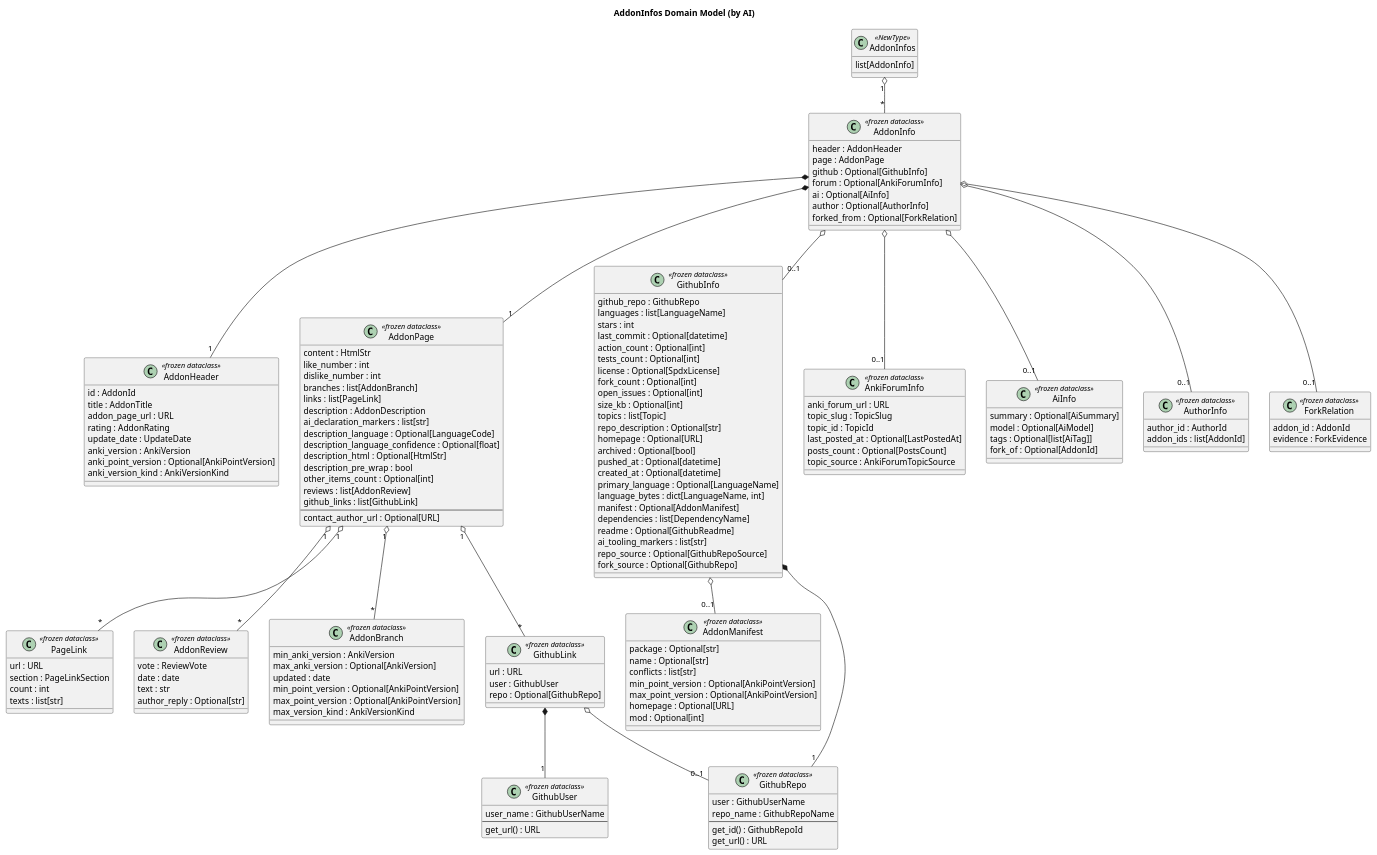
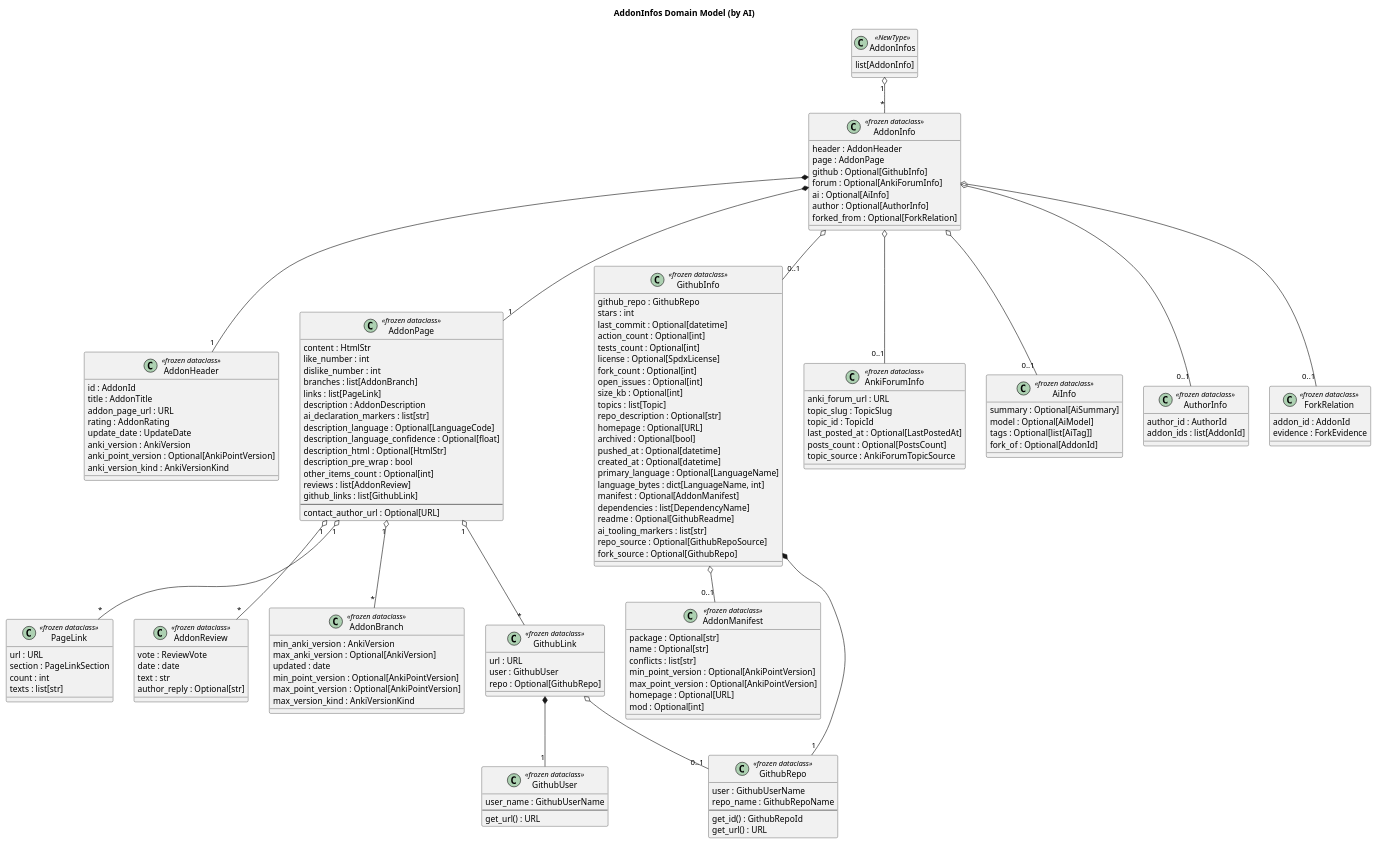
Before and after one commit to Aleks-Ya/anki-addons-dataset: the diagram in doc/uml/ai/class-addon-infos.puml, drawn with PlantUML. The commit also changed 14 other files, not shown here.

```diff
--- a/doc/uml/ai/class-addon-infos.puml
+++ b/doc/uml/ai/class-addon-infos.puml
@@ -1,178 +1,177 @@
 @startuml
 
 title AddonInfos Domain Model (by AI)
 
 skinparam packageStyle rectangle
 
 class AddonInfos <<NewType>> {
   list[AddonInfo]
 }
 
 class AddonInfo <<frozen dataclass>> {
   header : AddonHeader
   page : AddonPage
   github : Optional[GithubInfo]
   forum : Optional[AnkiForumInfo]
   ai : Optional[AiInfo]
   author : Optional[AuthorInfo]
   forked_from : Optional[ForkRelation]
 }
 
 class AddonHeader <<frozen dataclass>> {
   id : AddonId
   title : AddonTitle
   addon_page_url : URL
   rating : AddonRating
   update_date : UpdateDate
   anki_version : AnkiVersion
   anki_point_version : Optional[AnkiPointVersion]
   anki_version_kind : AnkiVersionKind
 }
 
 class AddonPage <<frozen dataclass>> {
   content : HtmlStr
   like_number : int
   dislike_number : int
   branches : list[AddonBranch]
   links : list[PageLink]
   description : AddonDescription
   ai_declaration_markers : list[str]
   description_language : Optional[LanguageCode]
   description_language_confidence : Optional[float]
   description_html : Optional[HtmlStr]
   description_pre_wrap : bool
   other_items_count : Optional[int]
   reviews : list[AddonReview]
   github_links : list[GithubLink]
   --
   contact_author_url : Optional[URL]
 }
 
 class PageLink <<frozen dataclass>> {
   url : URL
   section : PageLinkSection
   count : int
   texts : list[str]
 }
 
 class AddonReview <<frozen dataclass>> {
   vote : ReviewVote
   date : date
   text : str
   author_reply : Optional[str]
 }
 
 class AddonBranch <<frozen dataclass>> {
   min_anki_version : AnkiVersion
   max_anki_version : Optional[AnkiVersion]
   updated : date
   min_point_version : Optional[AnkiPointVersion]
   max_point_version : Optional[AnkiPointVersion]
   max_version_kind : AnkiVersionKind
 }
 
 class GithubInfo <<frozen dataclass>> {
   github_repo : GithubRepo
-  languages : list[LanguageName]
   stars : int
   last_commit : Optional[datetime]
   action_count : Optional[int]
   tests_count : Optional[int]
   license : Optional[SpdxLicense]
   fork_count : Optional[int]
   open_issues : Optional[int]
   size_kb : Optional[int]
   topics : list[Topic]
   repo_description : Optional[str]
   homepage : Optional[URL]
   archived : Optional[bool]
   pushed_at : Optional[datetime]
   created_at : Optional[datetime]
   primary_language : Optional[LanguageName]
   language_bytes : dict[LanguageName, int]
   manifest : Optional[AddonManifest]
   dependencies : list[DependencyName]
   readme : Optional[GithubReadme]
   ai_tooling_markers : list[str]
   repo_source : Optional[GithubRepoSource]
   fork_source : Optional[GithubRepo]
 }
 
 class AddonManifest <<frozen dataclass>> {
   package : Optional[str]
   name : Optional[str]
   conflicts : list[str]
   min_point_version : Optional[AnkiPointVersion]
   max_point_version : Optional[AnkiPointVersion]
   homepage : Optional[URL]
   mod : Optional[int]
 }
 
 class GithubLink <<frozen dataclass>> {
   url : URL
   user : GithubUser
   repo : Optional[GithubRepo]
 }
 
 class GithubUser <<frozen dataclass>> {
   user_name : GithubUserName
   --
   get_url() : URL
 }
 
 class GithubRepo <<frozen dataclass>> {
   user : GithubUserName
   repo_name : GithubRepoName
   --
   get_id() : GithubRepoId
   get_url() : URL
 }
 
 class AnkiForumInfo <<frozen dataclass>> {
   anki_forum_url : URL
   topic_slug : TopicSlug
   topic_id : TopicId
   last_posted_at : Optional[LastPostedAt]
   posts_count : Optional[PostsCount]
   topic_source : AnkiForumTopicSource
 }
 
 class AiInfo <<frozen dataclass>> {
   summary : Optional[AiSummary]
   model : Optional[AiModel]
   tags : Optional[list[AiTag]]
   fork_of : Optional[AddonId]
 }
 
 class AuthorInfo <<frozen dataclass>> {
   author_id : AuthorId
   addon_ids : list[AddonId]
 }
 
 class ForkRelation <<frozen dataclass>> {
   addon_id : AddonId
   evidence : ForkEvidence
 }
 
 AddonInfos "1" o-- "*" AddonInfo
 
 AddonInfo *-- "1" AddonHeader
 AddonInfo *-- "1" AddonPage
 AddonInfo o-- "0..1" GithubInfo
 AddonInfo o-- "0..1" AnkiForumInfo
 AddonInfo o-- "0..1" AiInfo
 AddonInfo o-- "0..1" AuthorInfo
 AddonInfo o-- "0..1" ForkRelation
 
 AddonPage "1" o-- "*" AddonBranch
 AddonPage "1" o-- "*" PageLink
 AddonPage "1" o-- "*" AddonReview
 AddonPage "1" o-- "*" GithubLink
 
 GithubInfo *-- "1" GithubRepo
 GithubInfo o-- "0..1" AddonManifest
 
 GithubLink *-- "1" GithubUser
 GithubLink o-- "0..1" GithubRepo
 
 @enduml
```
